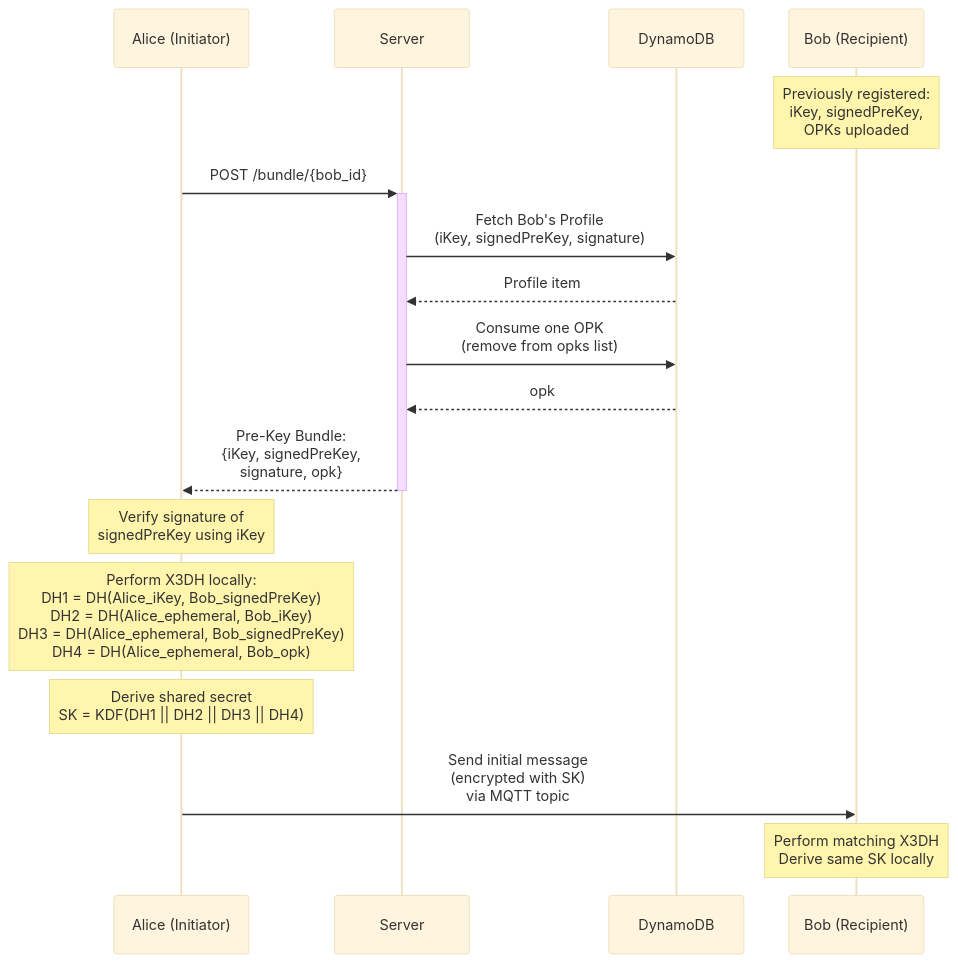
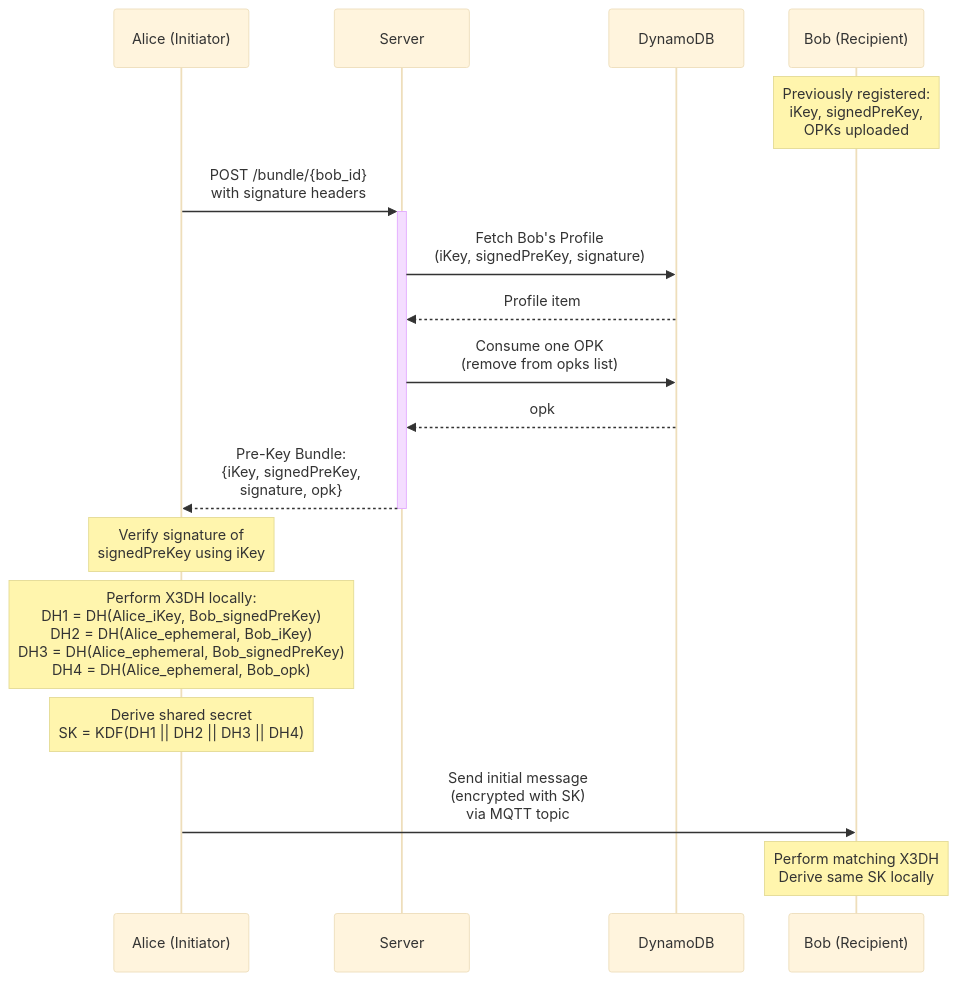
One commit to debarkamondal/khamoshchat-api changed the sixth of 7 diagrams in docs/cryptographic_flows.md. Above: the diagram before and after it, drawn with Mermaid (base theme). The commit also changed other lines of this file and 3 other files, not shown here.

````diff
--- a/docs/cryptographic_flows.md
+++ b/docs/cryptographic_flows.md
@@ -201,29 +201,29 @@
 ```mermaid
 sequenceDiagram
     participant A as Alice (Initiator)
     participant S as Server
     participant D as DynamoDB
     participant B as Bob (Recipient)
 
     Note over B: Previously registered:<br/>iKey, signedPreKey,<br/>OPKs uploaded
 
-    A->>+S: POST /bundle/{bob_id}
+    A->>+S: POST /bundle/{bob_id}<br/>with signature headers
 
     S->>D: Fetch Bob's Profile<br/>(iKey, signedPreKey, signature)
     D-->>S: Profile item
 
     S->>D: Consume one OPK<br/>(remove from opks list)
     D-->>S: opk
 
     S-->>-A: Pre-Key Bundle:<br/>{iKey, signedPreKey,<br/>signature, opk}
 
     Note over A: Verify signature of<br/>signedPreKey using iKey
 
     Note over A: Perform X3DH locally:<br/>DH1 = DH(Alice_iKey, Bob_signedPreKey)<br/>DH2 = DH(Alice_ephemeral, Bob_iKey)<br/>DH3 = DH(Alice_ephemeral, Bob_signedPreKey)<br/>DH4 = DH(Alice_ephemeral, Bob_opk)
 
     Note over A: Derive shared secret<br/>SK = KDF(DH1 || DH2 || DH3 || DH4)
 
     A->>B: Send initial message<br/>(encrypted with SK)<br/>via MQTT topic
 
     Note over B: Perform matching X3DH<br/>Derive same SK locally
 ```
````
